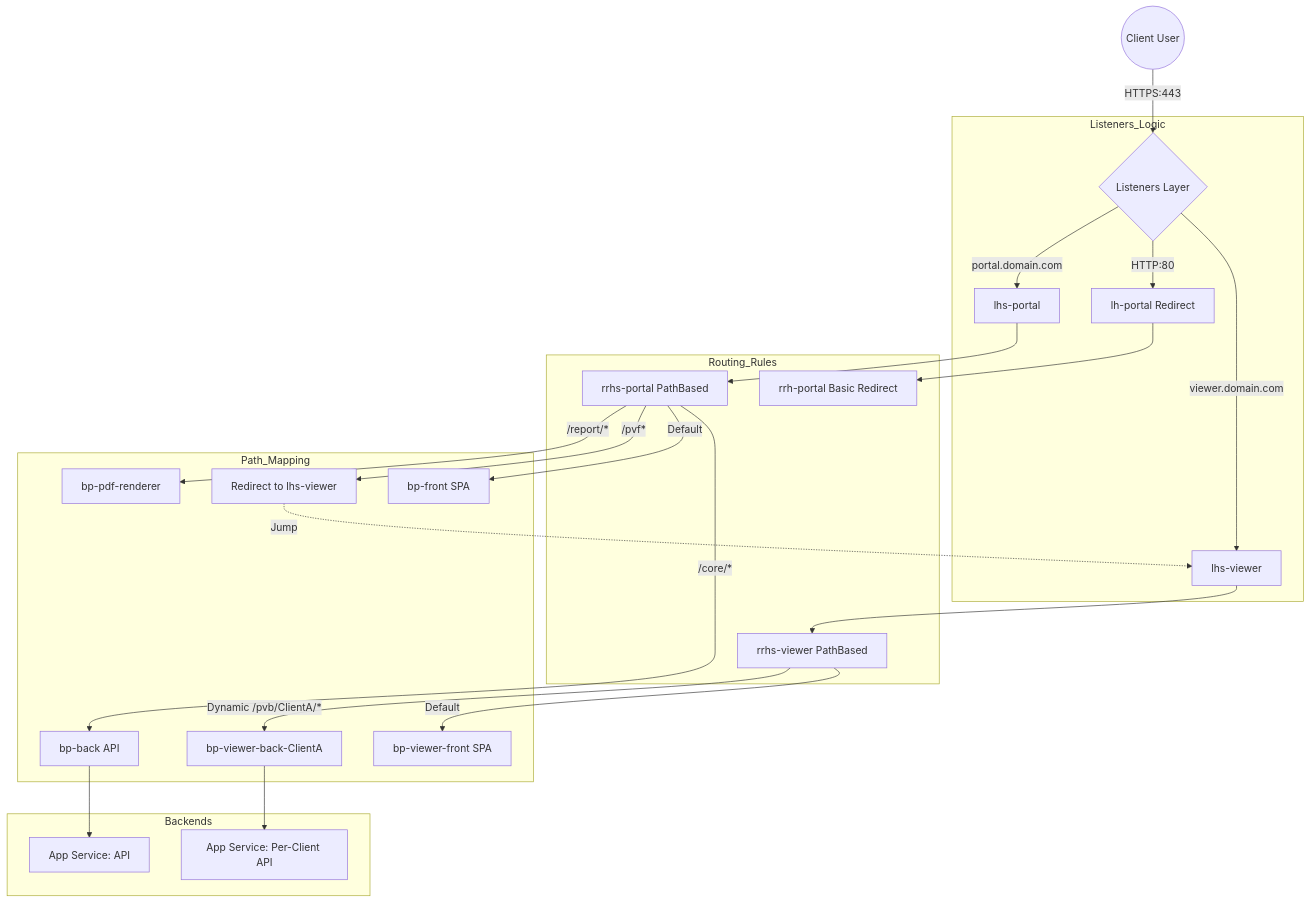
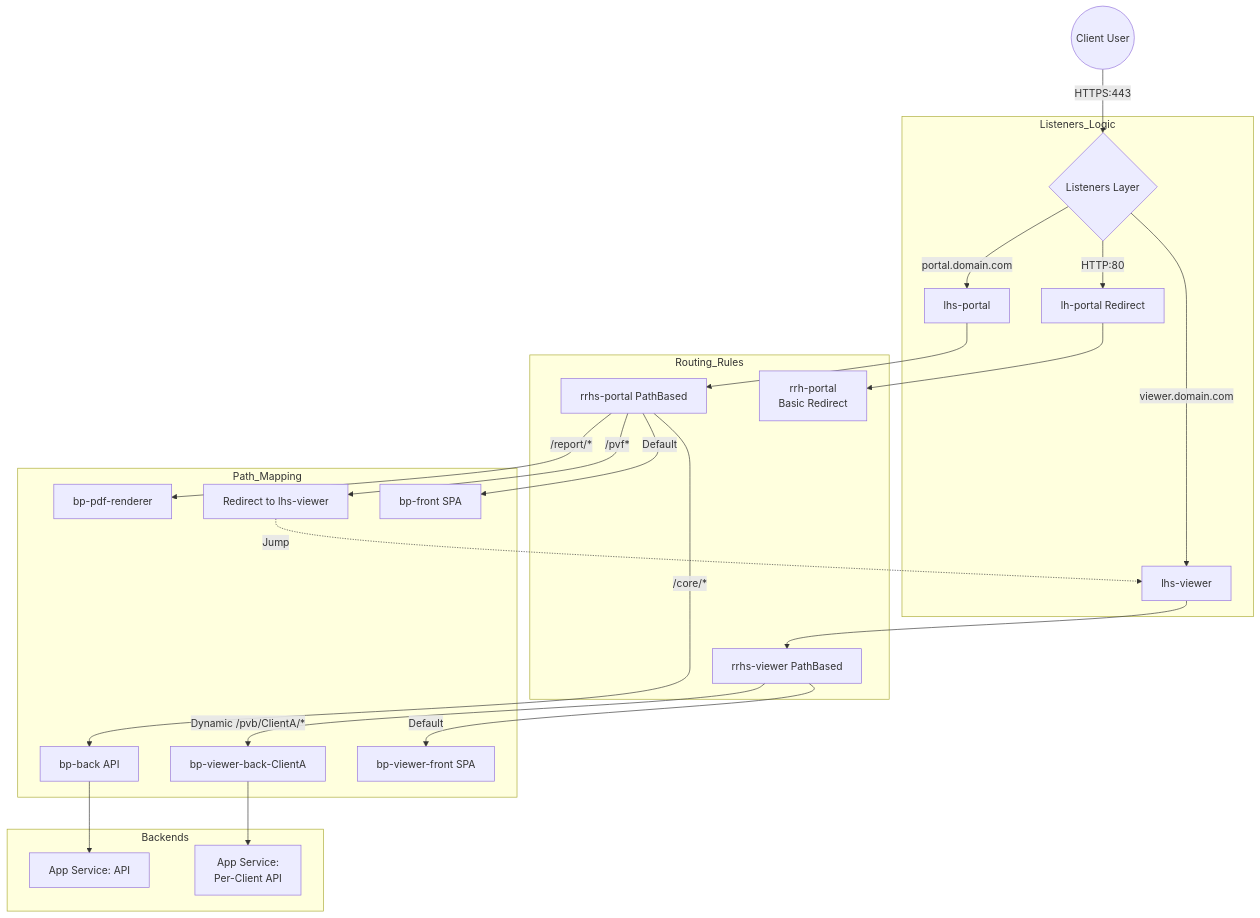
Before and after one commit to nubenetes/terraform-azure-devops-agentic: the diagram in docs/313-APP_GATEWAY_DEEP_DIVE.md, drawn with Mermaid. The commit also changed 23 other files, not shown here.

Commit message:
docs: establish automated Mermaid validator and eliminate text clipping repo-wide

````diff
--- a/docs/313-APP_GATEWAY_DEEP_DIVE.md
+++ b/docs/313-APP_GATEWAY_DEEP_DIVE.md
@@ -51,27 +51,27 @@
 ```mermaid
 graph TD
     User((Client User)) -->|HTTPS:443| Listeners{Listeners Layer}
     subgraph Listeners_Logic
         Listeners -->|portal.domain.com| LH_Portal[lhs-portal]
         Listeners -->|viewer.domain.com| LH_Viewer[lhs-viewer]
         Listeners -->|HTTP:80| LH_Redirect[lh-portal Redirect]
     end
     subgraph Routing_Rules
         LH_Portal --> RR_Path[rrhs-portal PathBased]
         LH_Viewer --> RR_Viewer[rrhs-viewer PathBased]
-        LH_Redirect --> RR_Redirect[rrh-portal Basic Redirect]
+        LH_Redirect --> RR_Redirect[rrh-portal<br/>Basic Redirect]
     end
     subgraph Path_Mapping
         RR_Path -->|/core/*| BP_Back[bp-back API]
         RR_Path -->|/report/*| BP_PDF[bp-pdf-renderer]
         RR_Path -->|/pvf*| Redirect_Viewer[Redirect to lhs-viewer]
         RR_Path -->|Default| BP_Front[bp-front SPA]
         RR_Viewer -->|Dynamic /pvb/ClientA/*| BP_V_Back[bp-viewer-back-ClientA]
         RR_Viewer -->|Default| BP_V_Front[bp-viewer-front SPA]
     end
     subgraph Backends
         BP_Back --> AS_Back[App Service: API]
-        BP_V_Back --> AS_V_Back[App Service: Per-Client API]
+        BP_V_Back --> AS_V_Back[App Service:<br/>Per-Client API]
         Redirect_Viewer -.->|Jump| LH_Viewer
     end
 ```
````
